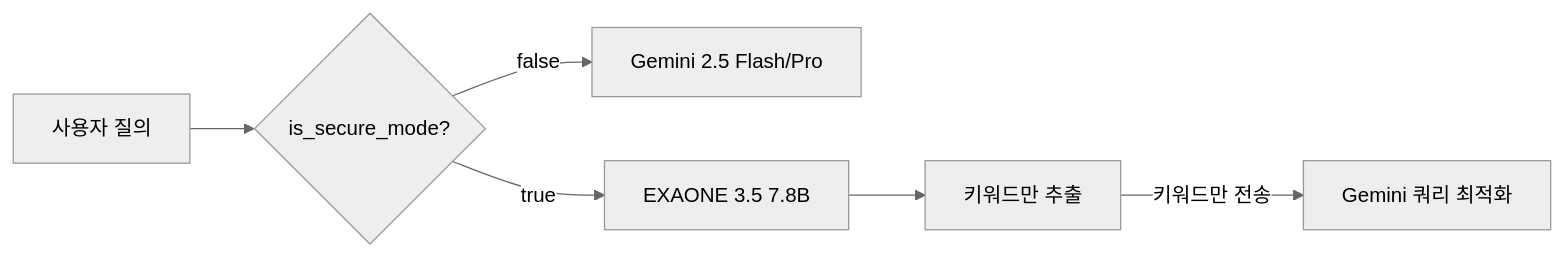
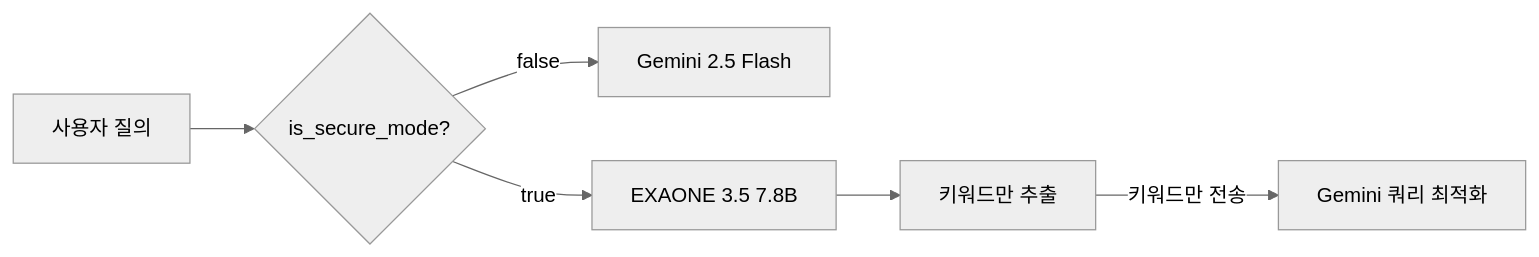
Before and after one commit to leovis87/portfolio-showcase: the third of 6 diagrams in notion-portfolio.md, drawn with Mermaid (neutral theme). The commit also changed other lines of this file and 5 other files, not shown here.

````diff
--- a/notion-portfolio.md
+++ b/notion-portfolio.md
@@ -89,8 +97,8 @@
 ```mermaid
 flowchart LR
     Q["사용자 질의"] --> CHECK{"is_secure_mode?"}
-    CHECK -->|false| GEMINI["Gemini 2.5 Flash/Pro"]
+    CHECK -->|false| GEMINI["Gemini 2.5 Flash"]
     CHECK -->|true| LOCAL["EXAONE 3.5 7.8B"]
     LOCAL --> KW["키워드만 추출"]
     KW -->|키워드만 전송| OPT["Gemini 쿼리 최적화"]
 ```
````
